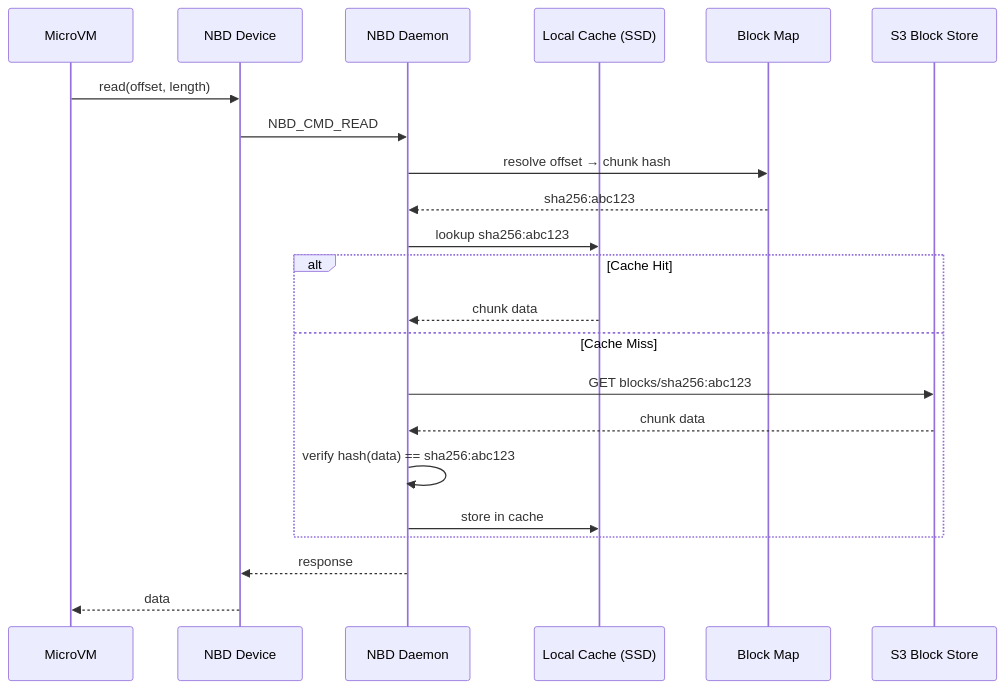
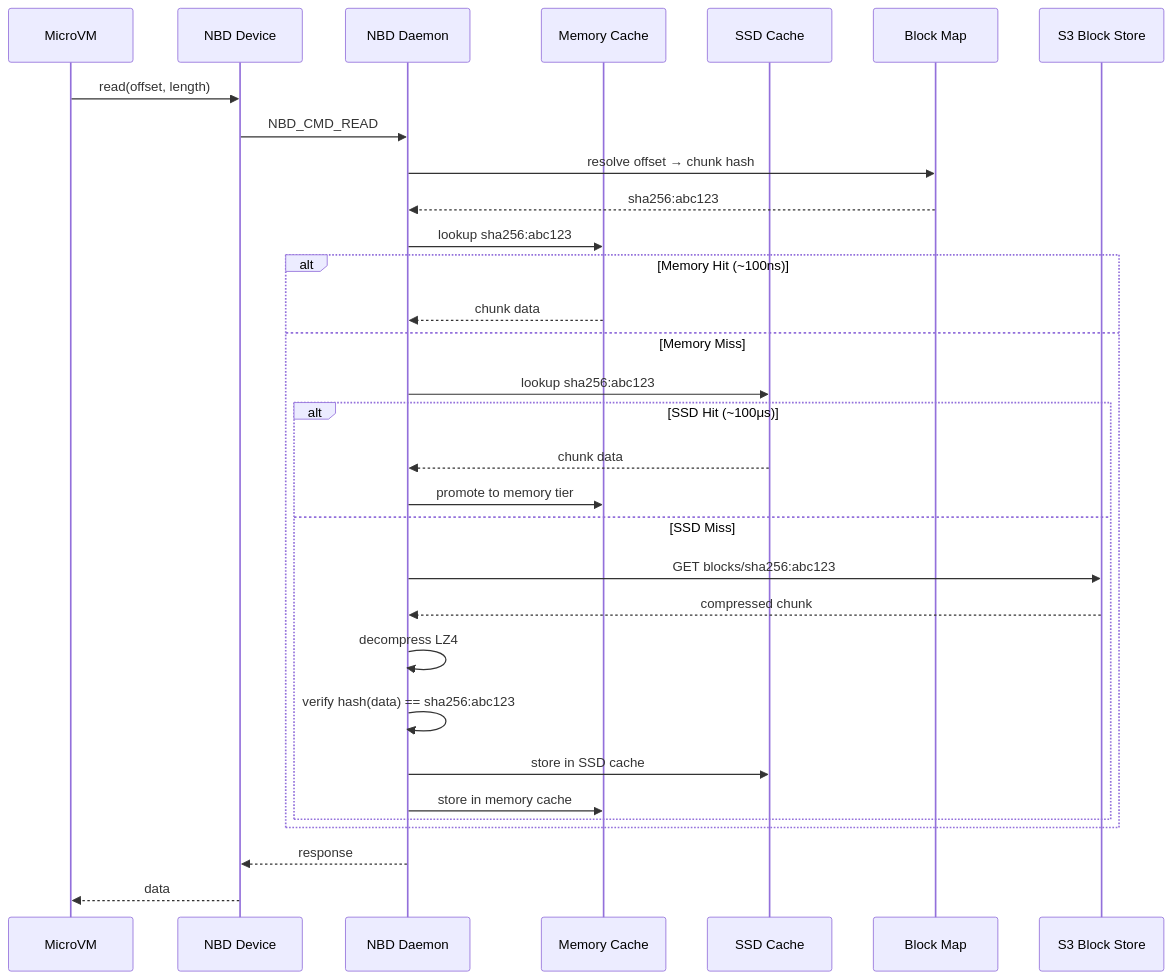
Before and after one commit to paraglidehq/glidefs: the second of 14 diagrams in GLIDEv2.md, drawn with Mermaid. The commit also changed other lines of this file, not shown here.

````diff
--- a/GLIDEv2.md
+++ b/GLIDEv2.md
@@ -96,27 +101,36 @@
 ```mermaid
 sequenceDiagram
     participant VM as MicroVM
     participant NBD as NBD Device
     participant D as NBD Daemon
-    participant C as Local Cache (SSD)
+    participant MC as Memory Cache
+    participant SC as SSD Cache
     participant M as Block Map
     participant S3 as S3 Block Store
 
     VM->>NBD: read(offset, length)
     NBD->>D: NBD_CMD_READ
     D->>M: resolve offset → chunk hash
     M-->>D: sha256:abc123
 
-    D->>C: lookup sha256:abc123
-    alt Cache Hit
-        C-->>D: chunk data
-    else Cache Miss
-        D->>S3: GET blocks/sha256:abc123
-        S3-->>D: chunk data
-        D->>D: verify hash(data) == sha256:abc123
-        D->>C: store in cache
+    D->>MC: lookup sha256:abc123
+    alt Memory Hit (~100ns)
+        MC-->>D: chunk data
+    else Memory Miss
+        D->>SC: lookup sha256:abc123
+        alt SSD Hit (~100μs)
+            SC-->>D: chunk data
+            D->>MC: promote to memory tier
+        else SSD Miss
+            D->>S3: GET blocks/sha256:abc123
+            S3-->>D: compressed chunk
+            D->>D: decompress LZ4
+            D->>D: verify hash(data) == sha256:abc123
+            D->>SC: store in SSD cache
+            D->>MC: store in memory cache
+        end
     end
 
     D-->>NBD: response
     NBD-->>VM: data
 ```
````
